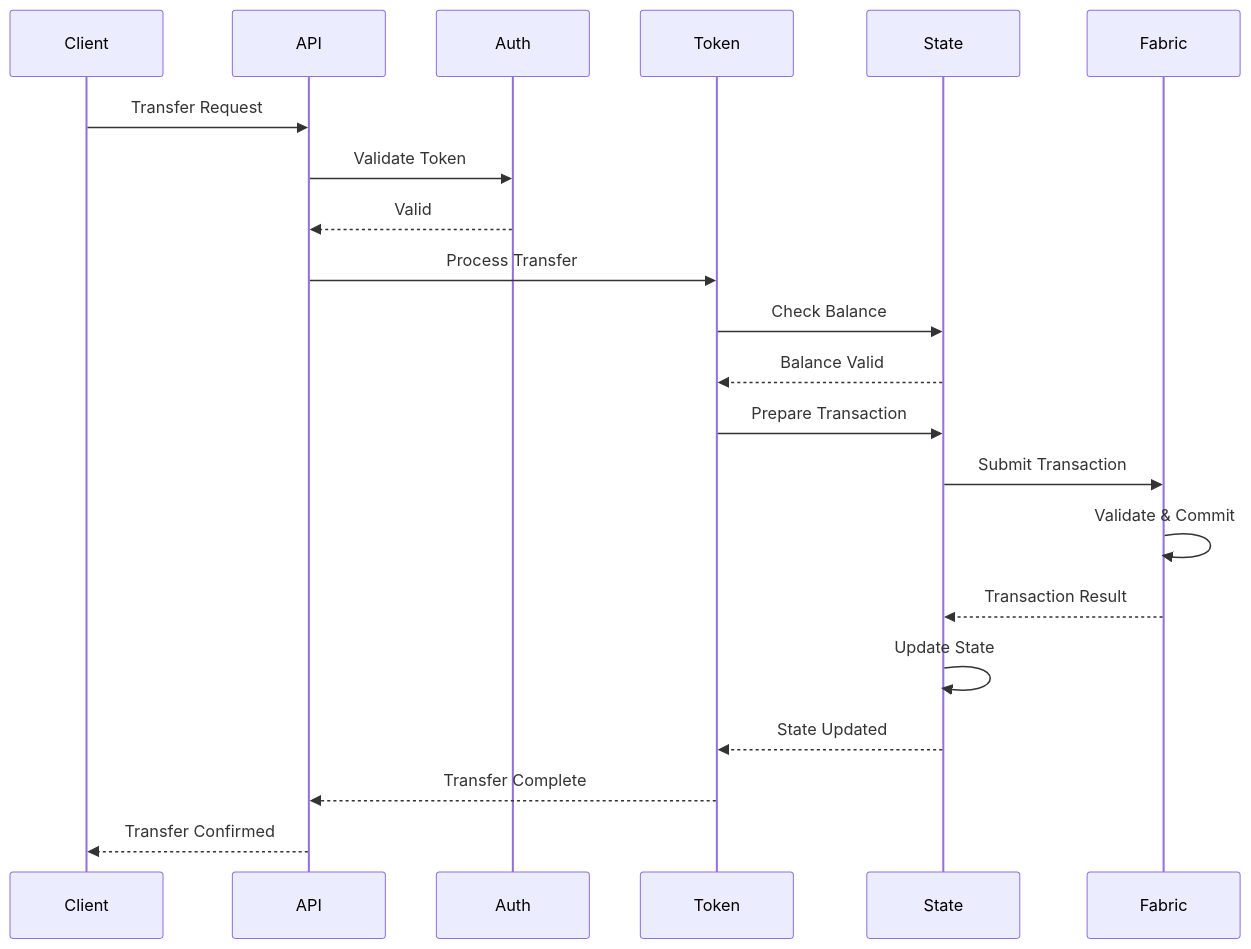
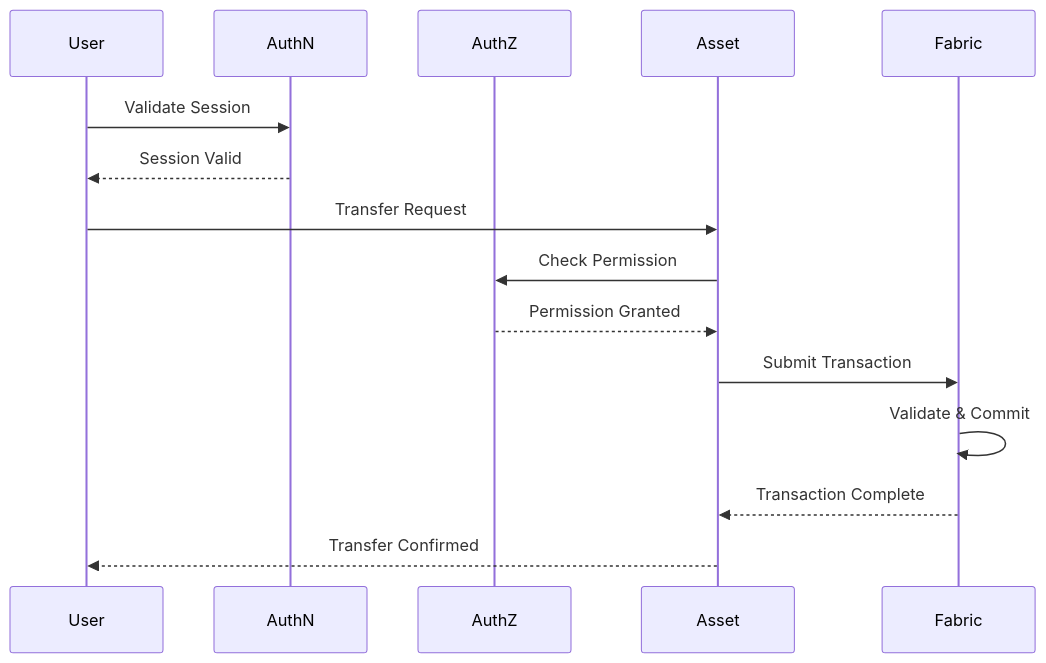
One commit to metafi-blockchain/metafi-digital-assets-service changed the third of 6 diagrams in docs/rd.en.md. Above: the diagram before and after it, drawn with Mermaid. The commit also changed other lines of this file and 1 other file, not shown here.

````diff
--- a/docs/rd.en.md
+++ b/docs/rd.en.md
@@ -227,27 +137,21 @@
 ```mermaid
 sequenceDiagram
-    participant Client
-    participant API
-    participant Auth
-    participant Token
-    participant State
+    participant User
+    participant AuthN
+    participant AuthZ
+    participant Asset
     participant Fabric
     
-    Client->>API: Transfer Request
-    API->>Auth: Validate Token
-    Auth-->>API: Valid
+    User->>AuthN: Validate Session
+    AuthN-->>User: Session Valid
     
-    API->>Token: Process Transfer
-    Token->>State: Check Balance
-    State-->>Token: Balance Valid
+    User->>Asset: Transfer Request
+    Asset->>AuthZ: Check Permission
+    AuthZ-->>Asset: Permission Granted
     
-    Token->>State: Prepare Transaction
-    State->>Fabric: Submit Transaction
+    Asset->>Fabric: Submit Transaction
     Fabric->>Fabric: Validate & Commit
-    Fabric-->>State: Transaction Result
+    Fabric-->>Asset: Transaction Complete
     
-    State->>State: Update State
-    State-->>Token: State Updated
-    Token-->>API: Transfer Complete
-    API-->>Client: Transfer Confirmed
+    Asset-->>User: Transfer Confirmed
 ```
````
